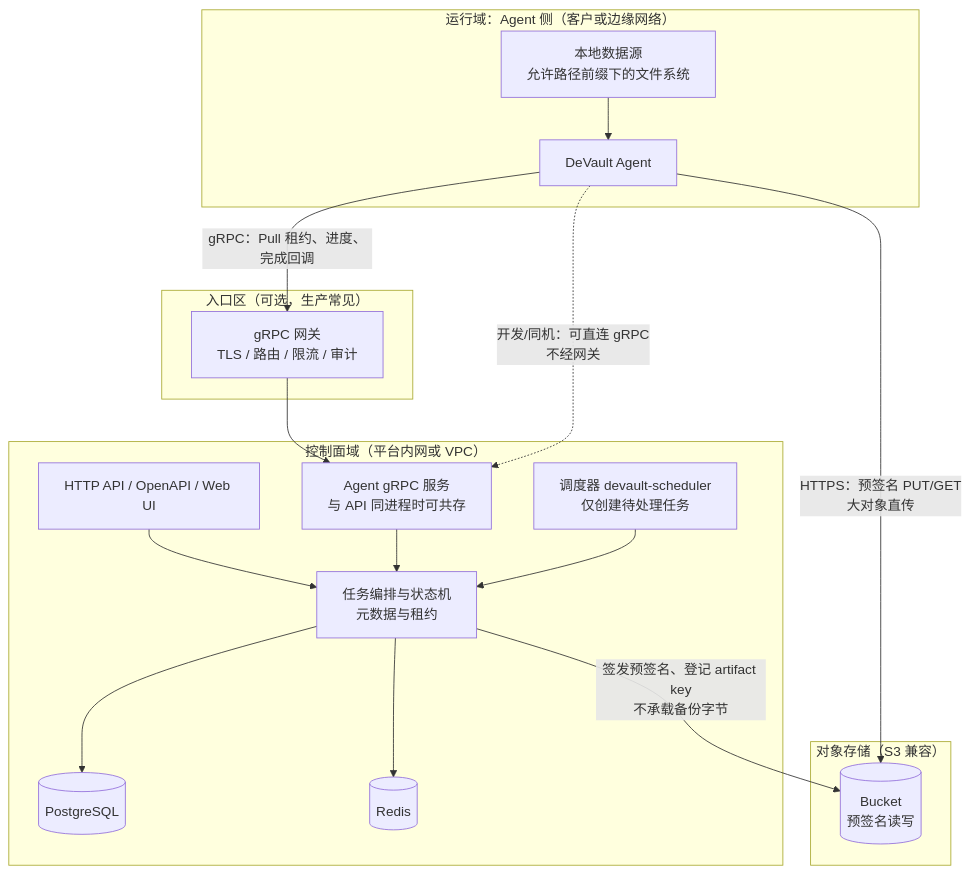
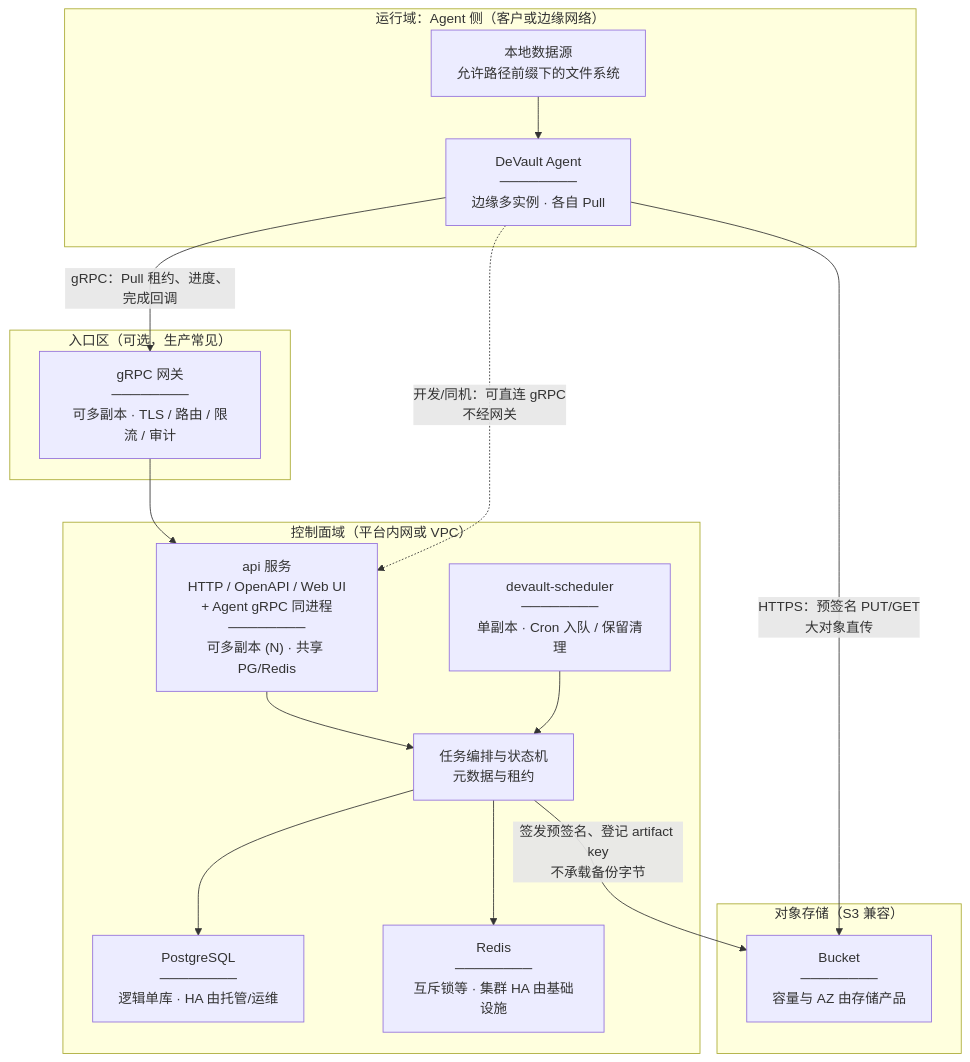
One commit to skyline93/devault changed the first of 2 diagrams in website/docs/product/architecture.md. Above: the diagram before and after it, drawn with Mermaid. The commit also changed other lines of this file and 6 other files, not shown here.

````diff
--- a/website/docs/product/architecture.md
+++ b/website/docs/product/architecture.md
@@ -22,36 +22,34 @@
 ```mermaid
 flowchart TB
   subgraph edge["运行域：Agent 侧（客户或边缘网络）"]
-    AG[DeVault Agent]
+    AG["DeVault Agent<br/>────────<br/>边缘多实例 · 各自 Pull"]
     FS[本地数据源<br/>允许路径前缀下的文件系统]
     FS --> AG
   end
 
   subgraph dmz["入口区（可选，生产常见）"]
-    GW[gRPC 网关<br/>TLS / 路由 / 限流 / 审计]
+    GW["gRPC 网关<br/>────────<br/>可多副本 · TLS / 路由 / 限流 / 审计"]
   end
 
   subgraph cp["控制面域（平台内网或 VPC）"]
-    API[HTTP API / OpenAPI / Web UI]
-    GRPCS[Agent gRPC 服务<br/>与 API 同进程时可共存]
-    SCH[调度器 devault-scheduler<br/>仅创建待处理任务]
+    APIGRPC["api 服务<br/>HTTP / OpenAPI / Web UI<br/>+ Agent gRPC 同进程<br/>────────<br/>可多副本 (N) · 共享 PG/Redis"]
+    SCH["devault-scheduler<br/>────────<br/>单副本 · Cron 入队 / 保留清理"]
     ORCH[任务编排与状态机<br/>元数据与租约]
-    PG[(PostgreSQL)]
-    RD[(Redis)]
-    API --> ORCH
-    GRPCS --> ORCH
+    PG["PostgreSQL<br/>────────<br/>逻辑单库 · HA 由托管/运维"]
+    RD["Redis<br/>────────<br/>互斥锁等 · 集群 HA 由基础设施"]
+    APIGRPC --> ORCH
     SCH --> ORCH
     ORCH --> PG
     ORCH --> RD
   end
 
   subgraph obj["对象存储（S3 兼容）"]
-    S3[(Bucket<br/>预签名读写)]
+    S3["Bucket<br/>────────<br/>容量与 AZ 由存储产品"]
   end
 
   AG -->|"gRPC：Pull 租约、进度、完成回调"| GW
-  GW --> GRPCS
-  AG -.->|"开发/同机：可直连 gRPC<br/>不经网关"| GRPCS
+  GW --> APIGRPC
+  AG -.->|"开发/同机：可直连 gRPC<br/>不经网关"| APIGRPC
   AG -->|"HTTPS：预签名 PUT/GET<br/>大对象直传"| S3
   ORCH -->|"签发预签名、登记 artifact key<br/>不承载备份字节"| S3
 ```
````
